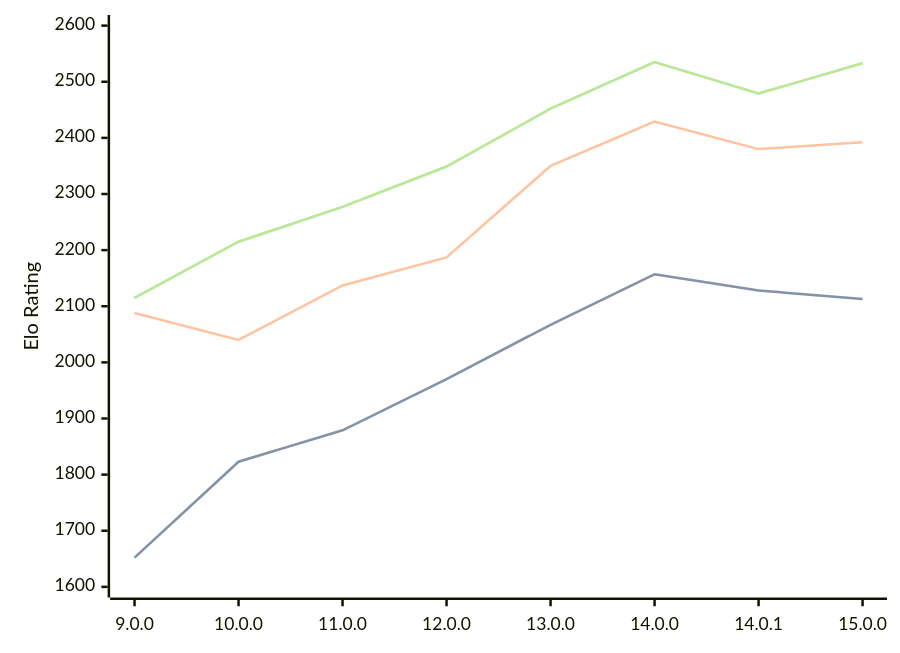
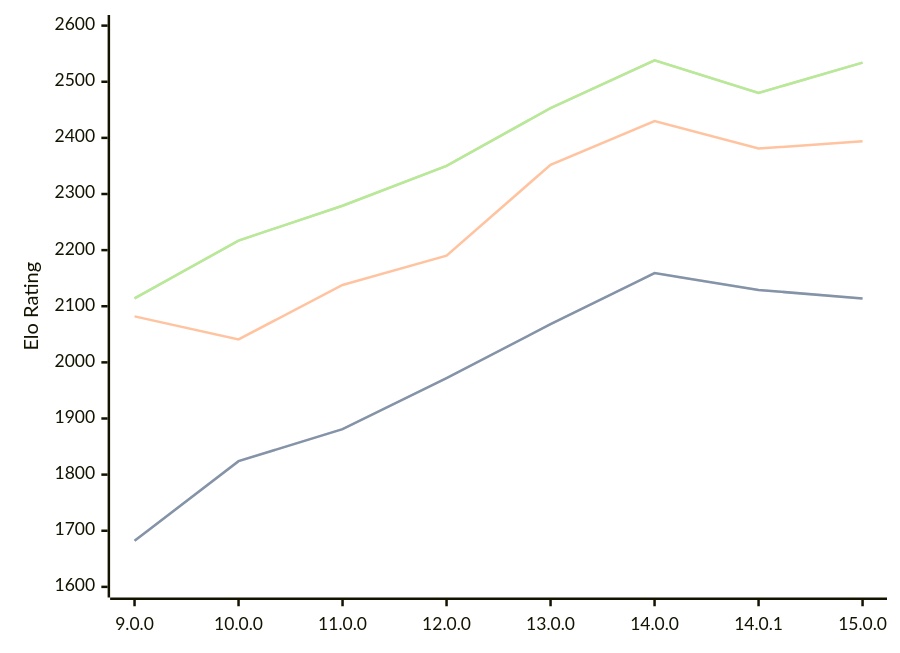
Before and after one commit to computer-chess-index/cci: the diagram in engines/Cepimetheus.md, drawn with Mermaid. The commit also changed other lines of this file, not shown here.

Commit message:
Update CCI Ratings (ELO VLTC) - 2026-08-22

````diff
--- a/engines/Cepimetheus.md
+++ b/engines/Cepimetheus.md
@@ -66,11 +66,11 @@
 ```mermaid
 %%{init: {"theme":"base","themeVariables":{"seriesColors:['#a3a3a3','#222221','#faa371']}}}%%
 xychart-beta
   x-axis ["9.0.0", "10.0.0", "11.0.0", "12.0.0", "13.0.0", "14.0.0", "14.0.1", "15.0.0"]
   y-axis "Elo Rating" 1600 --> 2600
-  line "STC (8.0+0.08s)" [1652, 1823, 1879, 1970, 2067, 2157, 2128, 2113]
-  line "STC (8.0+0.08s)" [1652, 1823, 1879, 1970, 2067, 2157, 2128, 2113]
-  line "LTC (60.0+0.60s)" [2088, 2040, 2137, 2187, 2350, 2429, 2380, 2392]
-  line "VLTC (2m24s+1.12s)" [2115, 2215, 2277, 2349, 2452, 2535, 2479, 2533]
-  line "VLTC (2m24s+1.12s)" [2115, 2215, 2277, 2349, 2452, 2535, 2479, 2533]
+  line "STC (8.0+0.08s)" [1682, 1824, 1881, 1972, 2068, 2159, 2129, 2114]
+  line "STC (8.0+0.08s)" [1682, 1824, 1881, 1972, 2068, 2159, 2129, 2114]
+  line "LTC (60.0+0.60s)" [2082, 2041, 2138, 2190, 2352, 2430, 2381, 2394]
+  line "VLTC (2m24s+1.12s)" [2114, 2217, 2279, 2350, 2453, 2538, 2480, 2534]
+  line "VLTC (2m24s+1.12s)" [2114, 2217, 2279, 2350, 2453, 2538, 2480, 2534]
 ```
````
